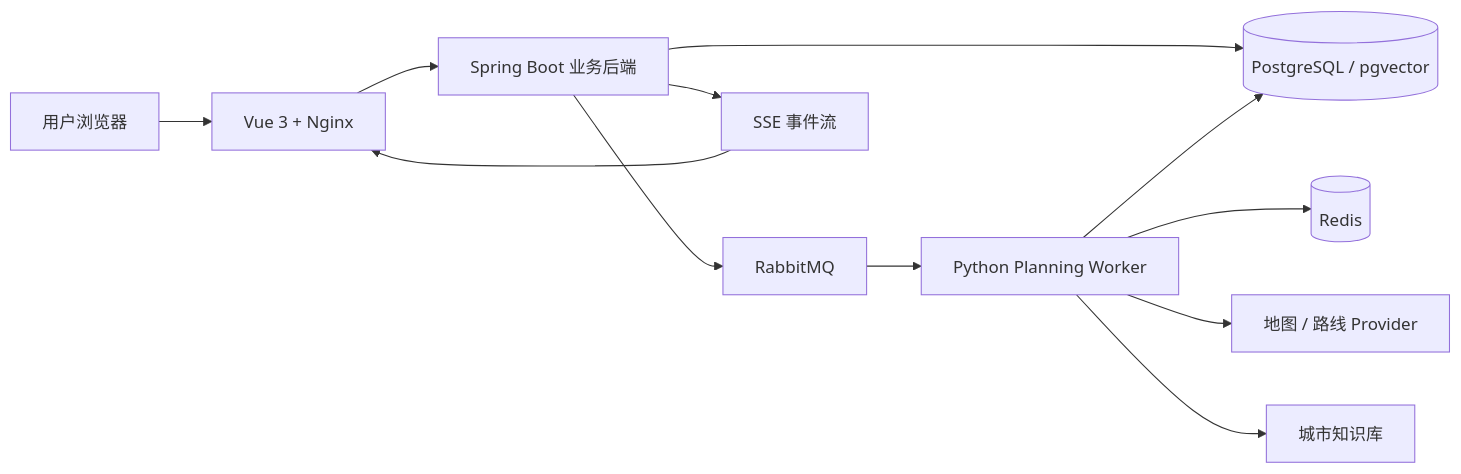
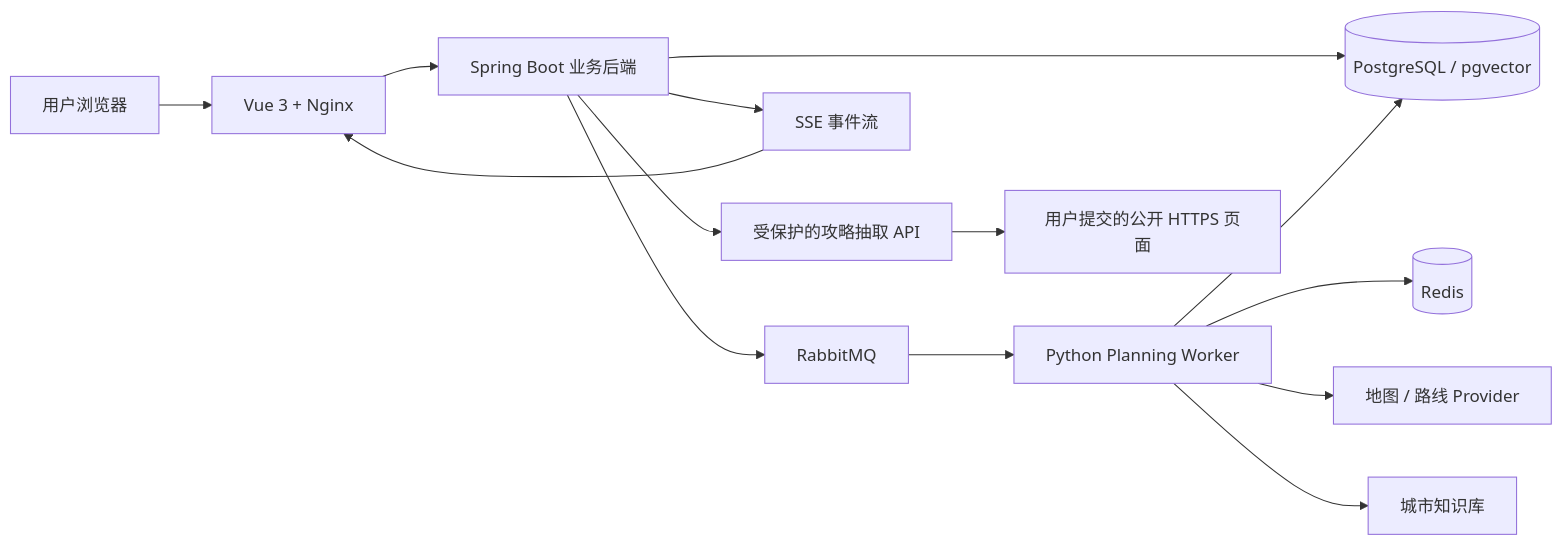
One commit to tobehardoo/trip-pilot-agent changed the diagram in README.md. Above: the diagram before and after it, drawn with Mermaid. The commit also changed other lines of this file and 34 other files, not shown here.

````diff
--- a/README.md
+++ b/README.md
@@ -60,14 +62,16 @@
 ```mermaid
 flowchart LR
     U["用户浏览器"] --> W["Vue 3 + Nginx"]
     W --> J["Spring Boot 业务后端"]
     J --> P[("PostgreSQL / pgvector")]
     J --> Q["RabbitMQ"]
     J --> S["SSE 事件流"]
     Q --> A["Python Planning Worker"]
     A --> R[("Redis")]
     A --> P
     A --> M["地图 / 路线 Provider"]
     A --> K["城市知识库"]
+    J --> G["受保护的攻略抽取 API"]
+    G --> X["用户提交的公开 HTTPS 页面"]
     S --> W
 ```
````
